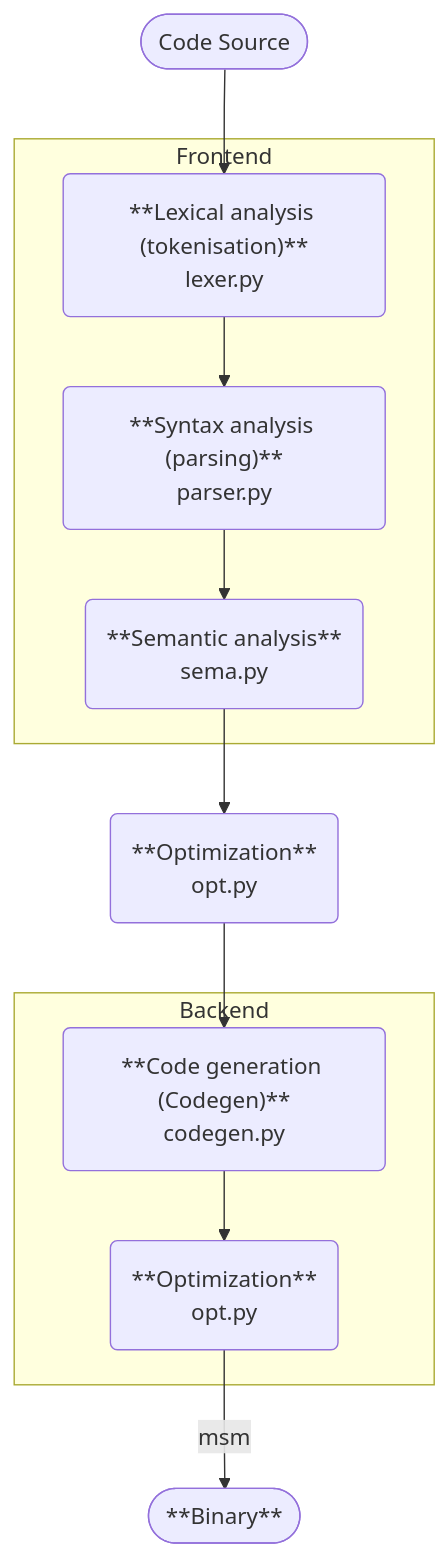
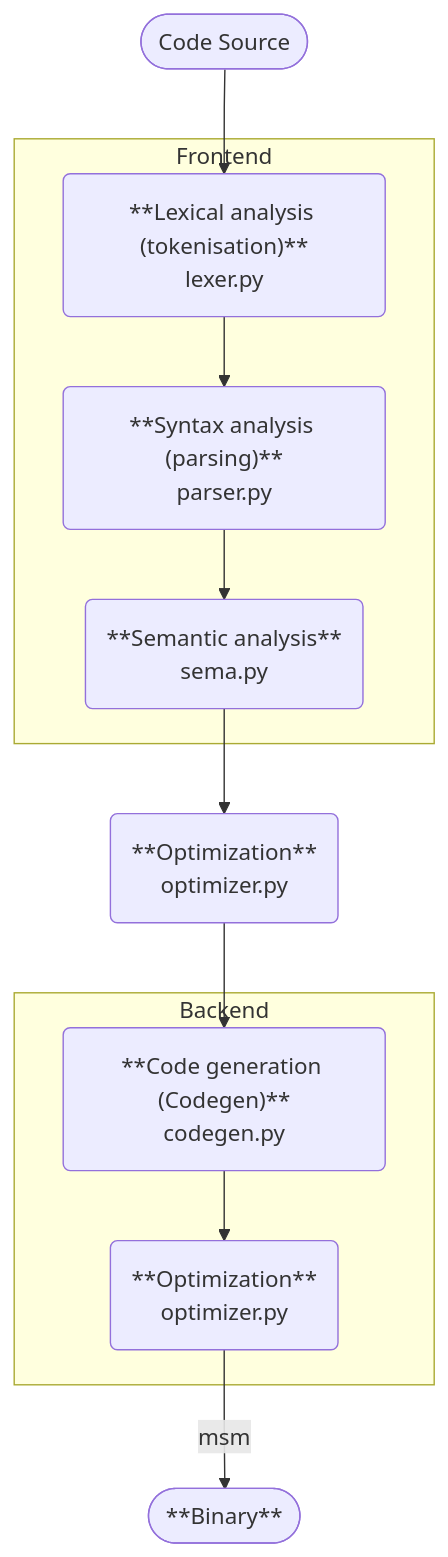
The first of 2 diagrams in README.md (AlexZeGamer/yacc), drawn with Mermaid before and after one commit. The commit also changed other lines of this file and 1 other file, not shown here.

````diff
--- a/README.md
+++ b/README.md
@@ -159,19 +159,19 @@
 ```mermaid
 graph TB
     left_CS(["Code Source"]) --> left_AL
     
     subgraph Frontend
     left_AL("**Lexical analysis (tokenisation)**<br>lexer.py") --> left_ASy
     left_ASy("**Syntax analysis (parsing)**<br>parser.py") --> left_ASe
     end
     left_ASe("**Semantic analysis**<br>sema.py") --> left_Opt
 
-    left_Opt("**Optimization**<br>opt.py") --> left_GC
+    left_Opt("**Optimization**<br>optimizer.py") --> left_GC
 
     subgraph Backend
     left_GC("**Code generation (Codegen)**<br>codegen.py") --> left_Opt2
         end
-    left_Opt2("**Optimization**<br>opt.py") -- msm --> left_Bin
+    left_Opt2("**Optimization**<br>optimizer.py") -- msm --> left_Bin
 
     left_Bin(["**Binary**"])
 ```
````
